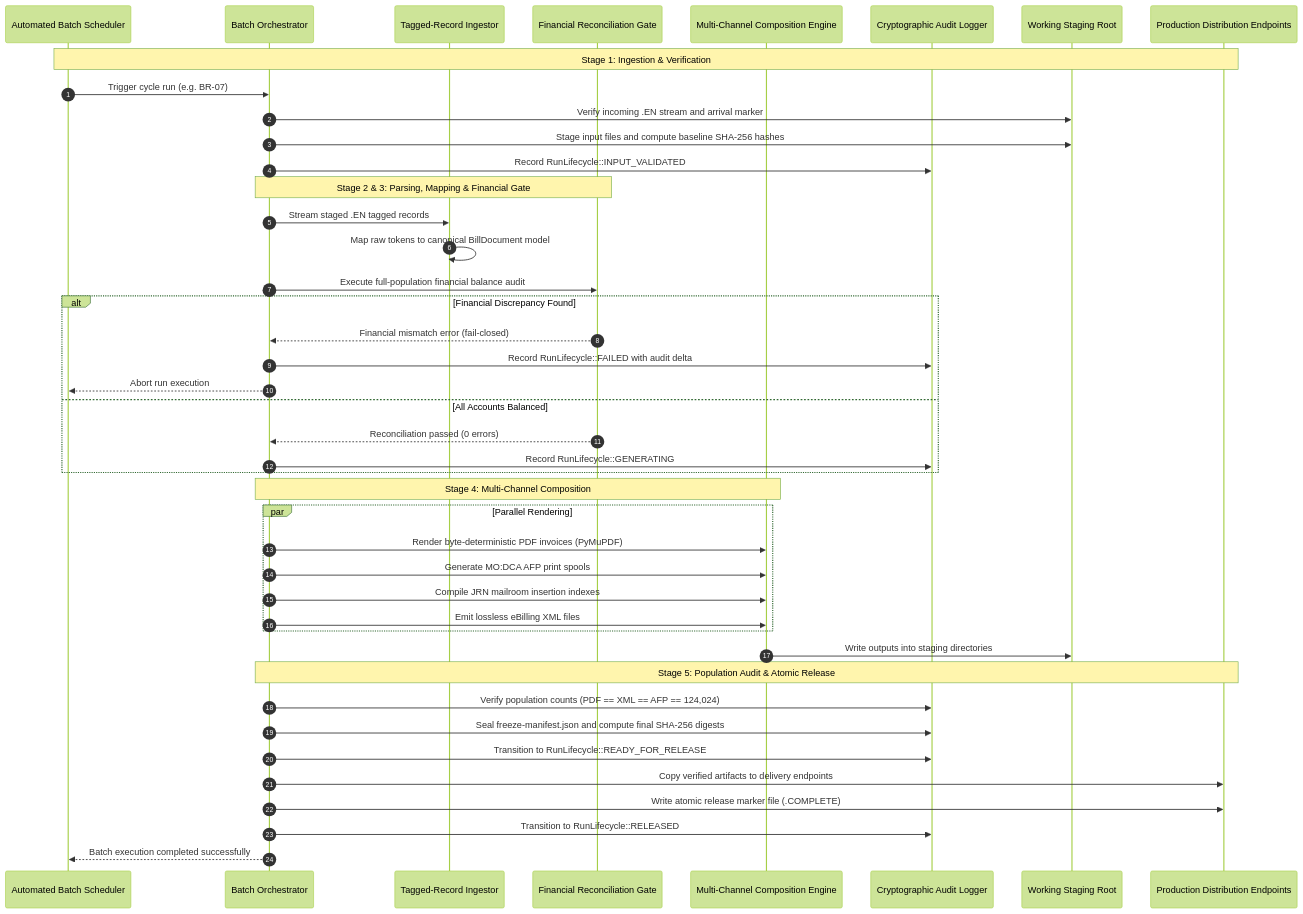
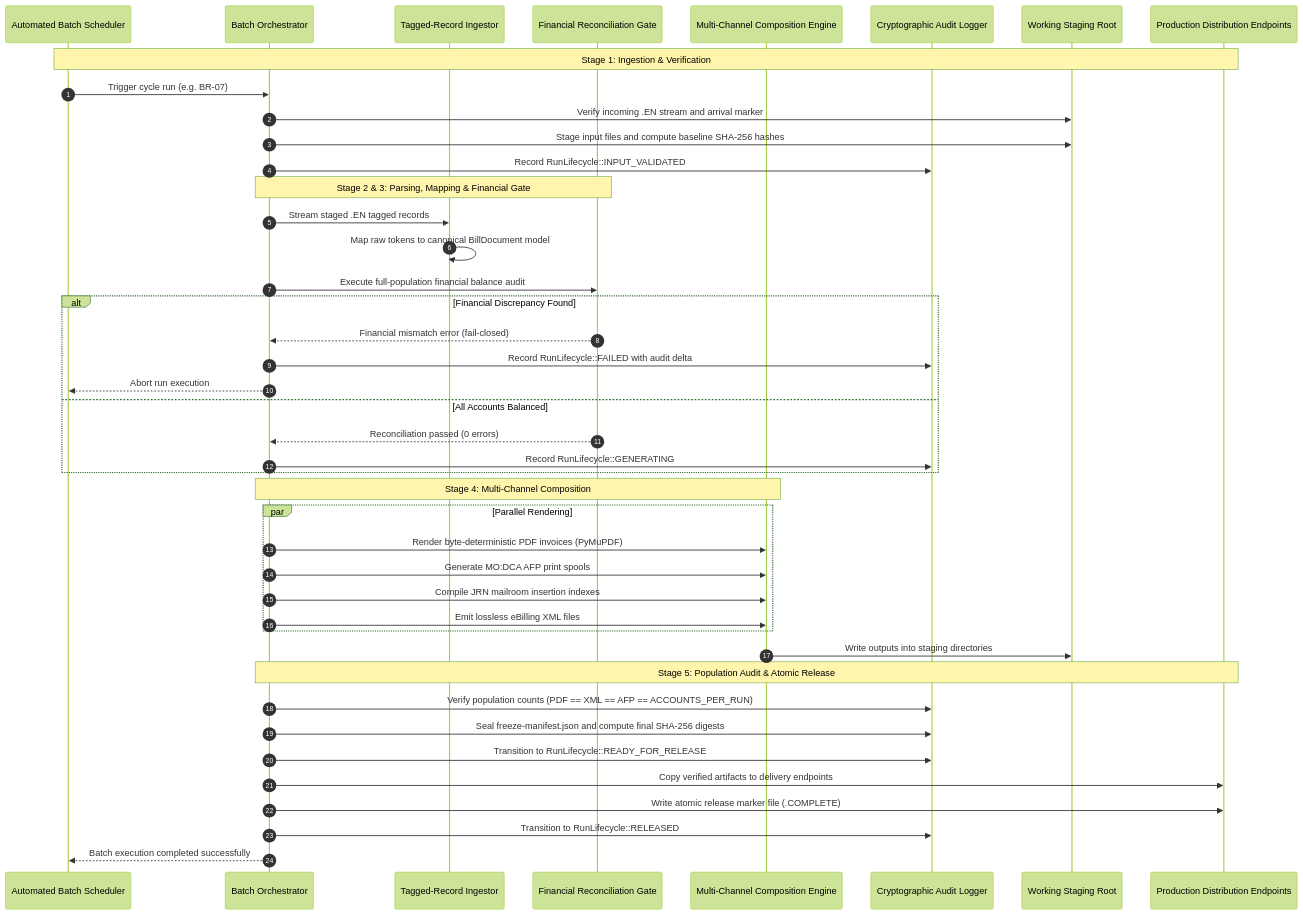
One commit to saajunaid/caddis-plugin changed the second of 4 diagrams in bundles/antigravity-plugin-extras/skills/hld/references/gold-standard-hld.md. Above: the diagram before and after it, drawn with Mermaid (forest theme). The commit also changed other lines of this file and 12 other files, not shown here.

````diff
--- a/bundles/antigravity-plugin-extras/skills/hld/references/gold-standard-hld.md
+++ b/bundles/antigravity-plugin-extras/skills/hld/references/gold-standard-hld.md
@@ -130,49 +139,49 @@
 ```mermaid
 sequenceDiagram
     autonumber
     participant Sched as Automated Batch Scheduler
     participant Orch as Batch Orchestrator
     participant Reader as Tagged-Record Ingestor
     participant Reconcile as Financial Reconciliation Gate
     participant Render as Multi-Channel Composition Engine
     participant Audit as Cryptographic Audit Logger
     participant Storage as Working Staging Root
     participant Targets as Production Distribution Endpoints
 
     Note over Sched,Targets: Stage 1: Ingestion & Verification
     Sched->>Orch: Trigger cycle run (e.g. BR-07)
     Orch->>Storage: Verify incoming .EN stream and arrival marker
     Orch->>Storage: Stage input files and compute baseline SHA-256 hashes
     Orch->>Audit: Record RunLifecycle::INPUT_VALIDATED
 
     Note over Orch,Reconcile: Stage 2 & 3: Parsing, Mapping & Financial Gate
     Orch->>Reader: Stream staged .EN tagged records
     Reader->>Reader: Map raw tokens to canonical BillDocument model
     Orch->>Reconcile: Execute full-population financial balance audit
     alt Financial Discrepancy Found
         Reconcile-->>Orch: Financial mismatch error (fail-closed)
         Orch->>Audit: Record RunLifecycle::FAILED with audit delta
         Orch-->>Sched: Abort run execution
     else All Accounts Balanced
         Reconcile-->>Orch: Reconciliation passed (0 errors)
         Orch->>Audit: Record RunLifecycle::GENERATING
     end
 
     Note over Orch,Render: Stage 4: Multi-Channel Composition
     par Parallel Rendering
         Orch->>Render: Render byte-deterministic PDF invoices (PyMuPDF)
         Orch->>Render: Generate MO:DCA AFP print spools
         Orch->>Render: Compile JRN mailroom insertion indexes
         Orch->>Render: Emit lossless eBilling XML files
     end
     Render->>Storage: Write outputs into staging directories
 
     Note over Orch,Targets: Stage 5: Population Audit & Atomic Release
-    Orch->>Audit: Verify population counts (PDF == XML == AFP == 124,024)
+    Orch->>Audit: Verify population counts (PDF == XML == AFP == ACCOUNTS_PER_RUN)
     Orch->>Audit: Seal freeze-manifest.json and compute final SHA-256 digests
     Orch->>Audit: Transition to RunLifecycle::READY_FOR_RELEASE
     Orch->>Targets: Copy verified artifacts to delivery endpoints
     Orch->>Targets: Write atomic release marker file (.COMPLETE)
     Orch->>Audit: Transition to RunLifecycle::RELEASED
     Orch-->>Sched: Batch execution completed successfully
 ```
````
